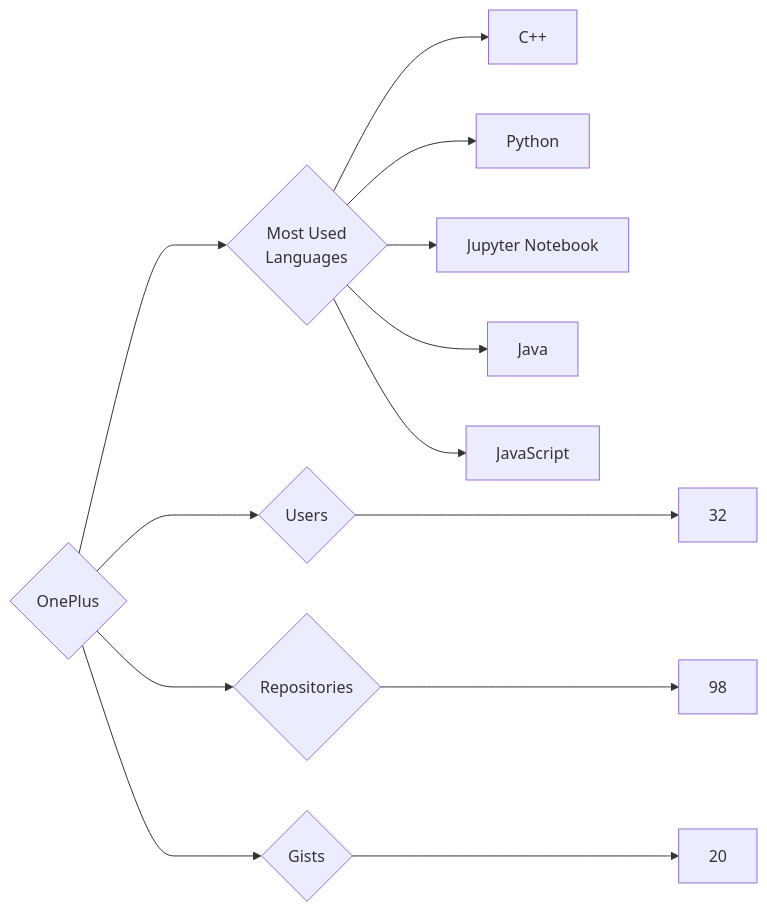
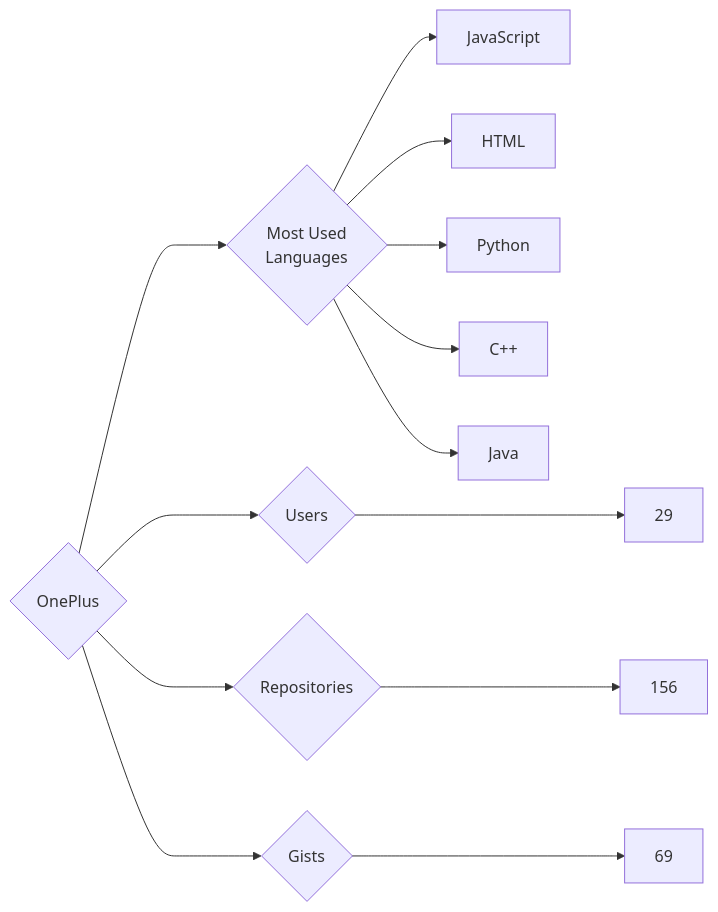
One commit to trickest/insiders changed the diagram in targets/OnePlus/README.md. Above: the diagram before and after it, drawn with Mermaid. The commit also changed 970 other files, not shown here.

````diff
--- a/targets/OnePlus/README.md
+++ b/targets/OnePlus/README.md
@@ -3,13 +3,13 @@
 ```mermaid
 graph LR
 COMPANY_NAME{OnePlus}
-COMPANY_NAME ---> U{Users} ---> UN[32]
-COMPANY_NAME ---> R{Repositories} ---> RN[98]
-COMPANY_NAME ---> G{Gists} ---> GN[20]
+COMPANY_NAME ---> U{Users} ---> UN[29]
+COMPANY_NAME ---> R{Repositories} ---> RN[156]
+COMPANY_NAME ---> G{Gists} ---> GN[69]
 COMPANY_NAME ---> ML{Most Used<br>Languages}
+ML --> JavaScript[JavaScript]
+ML --> HTML[HTML]
+ML --> Python[Python]
 ML --> C++[C++]
-ML --> Python[Python]
-ML --> Jupyter_Notebook[Jupyter Notebook]
 ML --> Java[Java]
-ML --> JavaScript[JavaScript]
 ```
````
